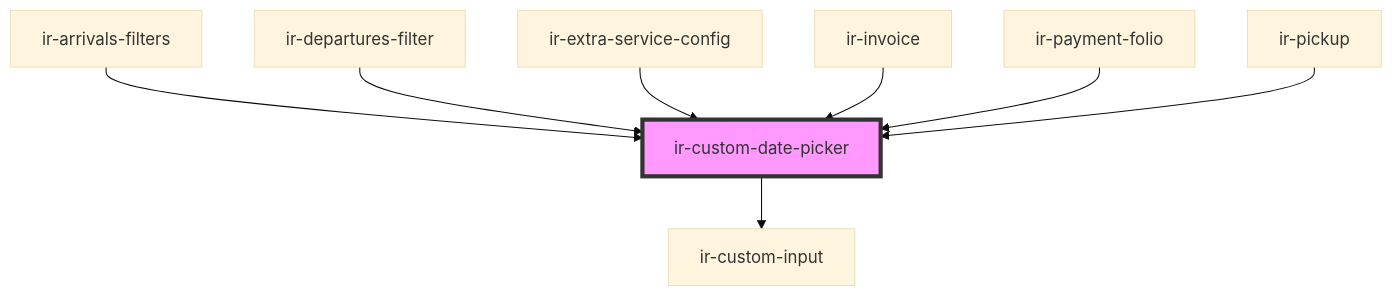
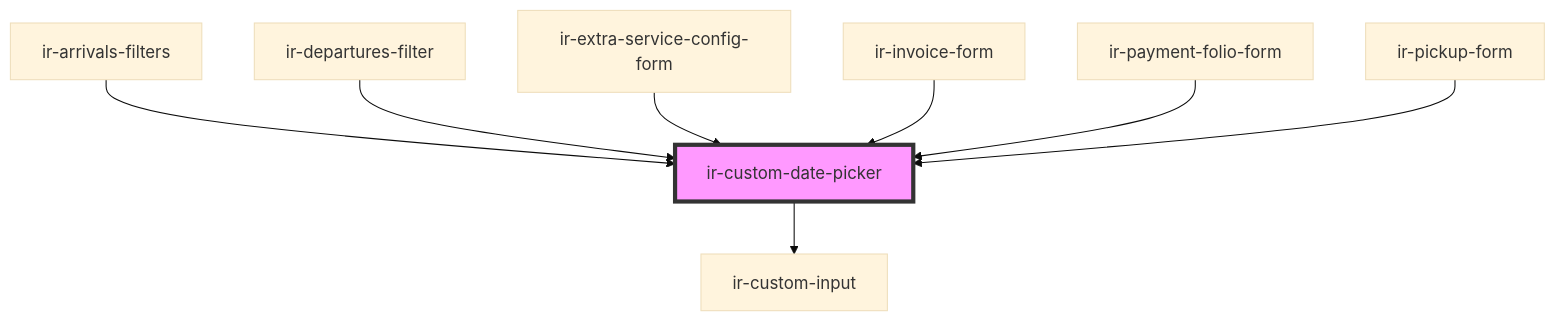
Before and after one commit to David1Chowaifaty/modified-ir-webcmp: the diagram in src/components/ir-custom-date-picker/readme.md, drawn with Mermaid (base theme). The commit also changed other lines of this file and 35 other files, not shown here.

First line of the commit message:
Add InvoicableItemType and update InvoicableItemSchema for type safety

````diff
--- a/src/components/ir-custom-date-picker/readme.md
+++ b/src/components/ir-custom-date-picker/readme.md
@@ -82,11 +82,11 @@
 ```mermaid
 graph TD;
   ir-custom-date-picker --> ir-custom-input
   ir-arrivals-filters --> ir-custom-date-picker
   ir-departures-filter --> ir-custom-date-picker
-  ir-extra-service-config --> ir-custom-date-picker
-  ir-invoice --> ir-custom-date-picker
-  ir-payment-folio --> ir-custom-date-picker
-  ir-pickup --> ir-custom-date-picker
+  ir-extra-service-config-form --> ir-custom-date-picker
+  ir-invoice-form --> ir-custom-date-picker
+  ir-payment-folio-form --> ir-custom-date-picker
+  ir-pickup-form --> ir-custom-date-picker
   style ir-custom-date-picker fill:#f9f,stroke:#333,stroke-width:4px
 ```
````
